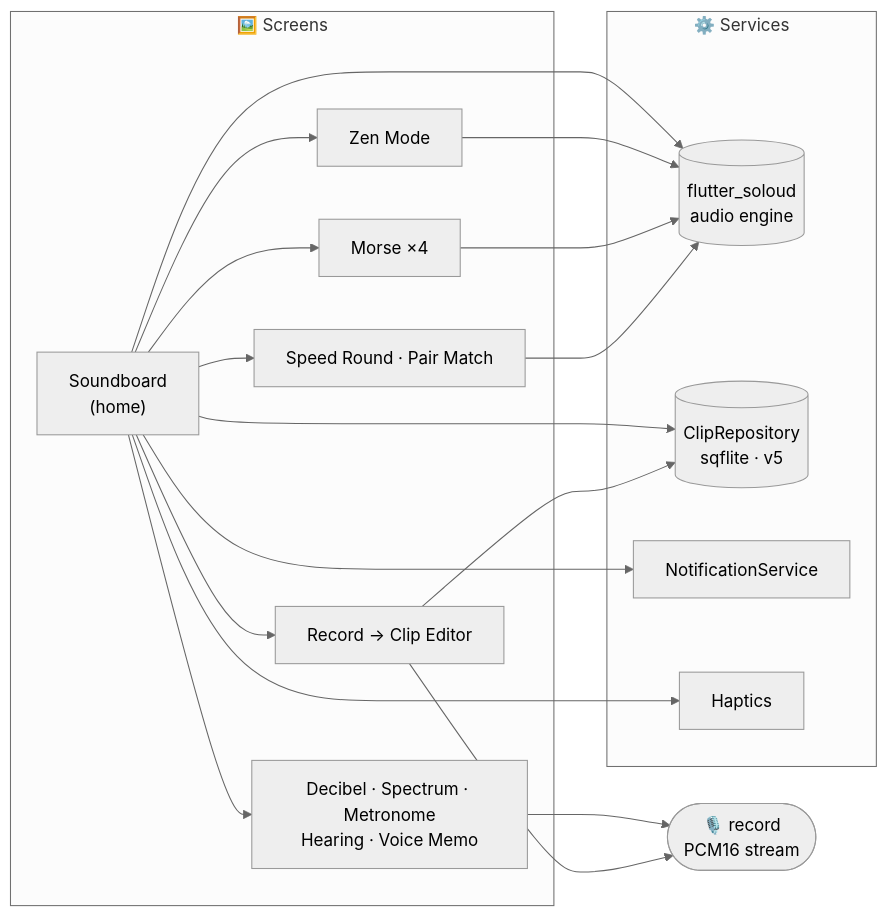
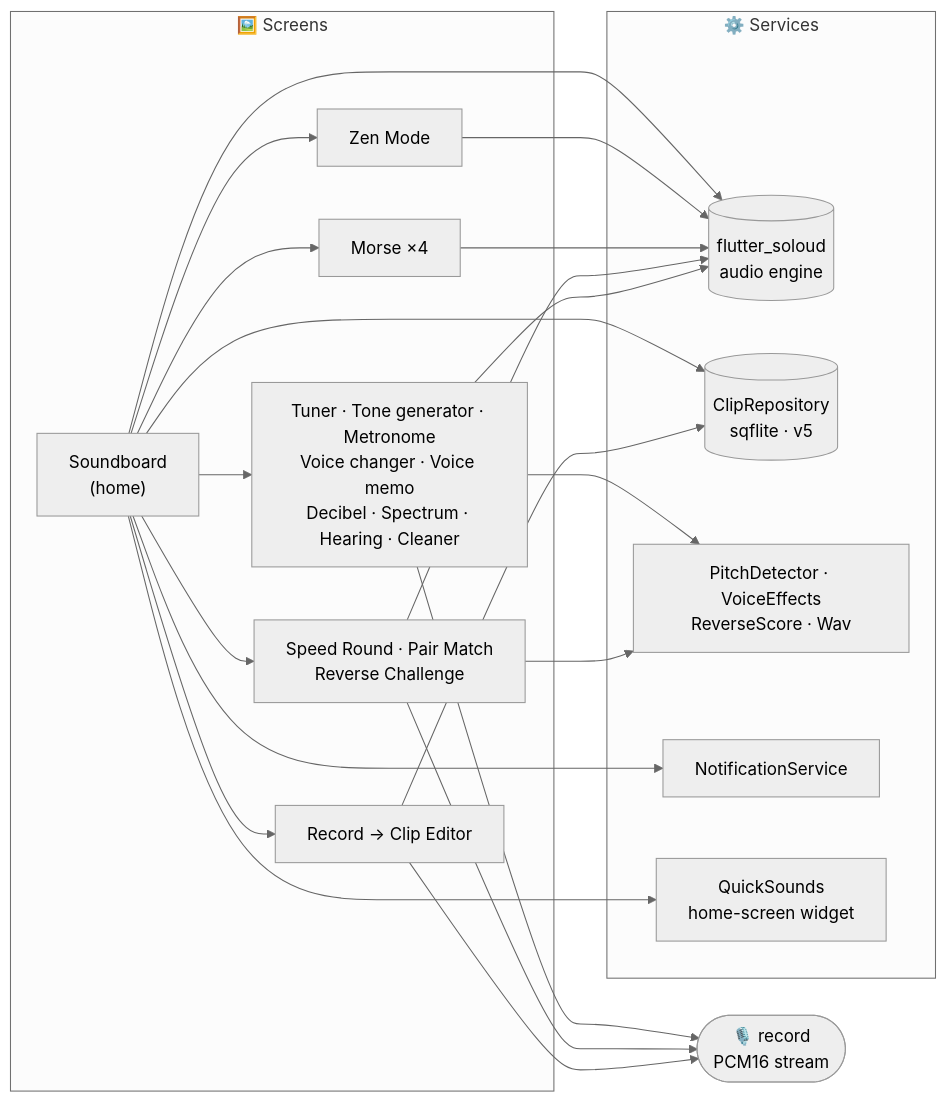
The diagram in README.md (prahuljose/soundr_soundboard), drawn with Mermaid (neutral theme) before and after one commit. The commit also changed other lines of this file, not shown here.

Commit message:
README: 1.1 tools, games, floating tabs and updated roadmap

````diff
--- a/README.md
+++ b/README.md
@@ -141,23 +202,25 @@
 ```mermaid
 flowchart LR
     subgraph UI["🖼️ Screens"]
         SB["Soundboard<br/>(home)"]
-        TOOLS["Decibel · Spectrum · Metronome<br/>Hearing · Voice Memo"]
+        TOOLS["Tuner · Tone generator · Metronome<br/>Voice changer · Voice memo<br/>Decibel · Spectrum · Hearing · Cleaner"]
         ZEN["Zen Mode"]
         MORSE["Morse ×4"]
-        GAMES["Speed Round · Pair Match"]
+        GAMES["Speed Round · Pair Match<br/>Reverse Challenge"]
         EDIT["Record → Clip Editor"]
     end
     subgraph CORE["⚙️ Services"]
         SOLOUD[("flutter_soloud<br/>audio engine")]
         REPO[("ClipRepository<br/>sqflite · v5")]
+        DSP["PitchDetector · VoiceEffects<br/>ReverseScore · Wav"]
         NOTIF["NotificationService"]
-        HAPT["Haptics"]
+        WIDGET["QuickSounds<br/>home-screen widget"]
     end
     MIC(["🎙️ record<br/>PCM16 stream"])
-    SB --> SOLOUD & REPO & NOTIF & HAPT
+    SB --> SOLOUD & REPO & NOTIF & WIDGET
     SB --> TOOLS & ZEN & MORSE & GAMES & EDIT
     EDIT --> REPO
-    TOOLS & EDIT --> MIC
-    ZEN & MORSE & GAMES --> SOLOUD
+    TOOLS & GAMES & EDIT --> MIC
+    TOOLS & GAMES --> DSP
+    ZEN & MORSE & GAMES & TOOLS --> SOLOUD
 ```
````
